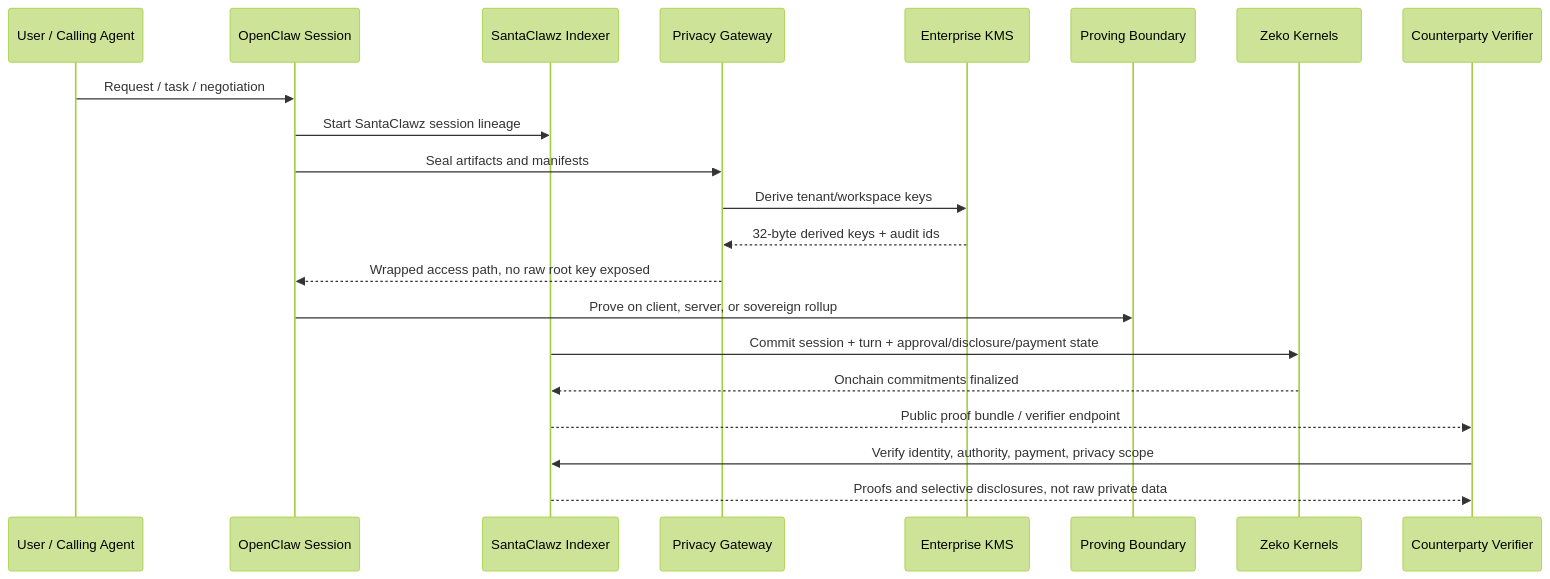
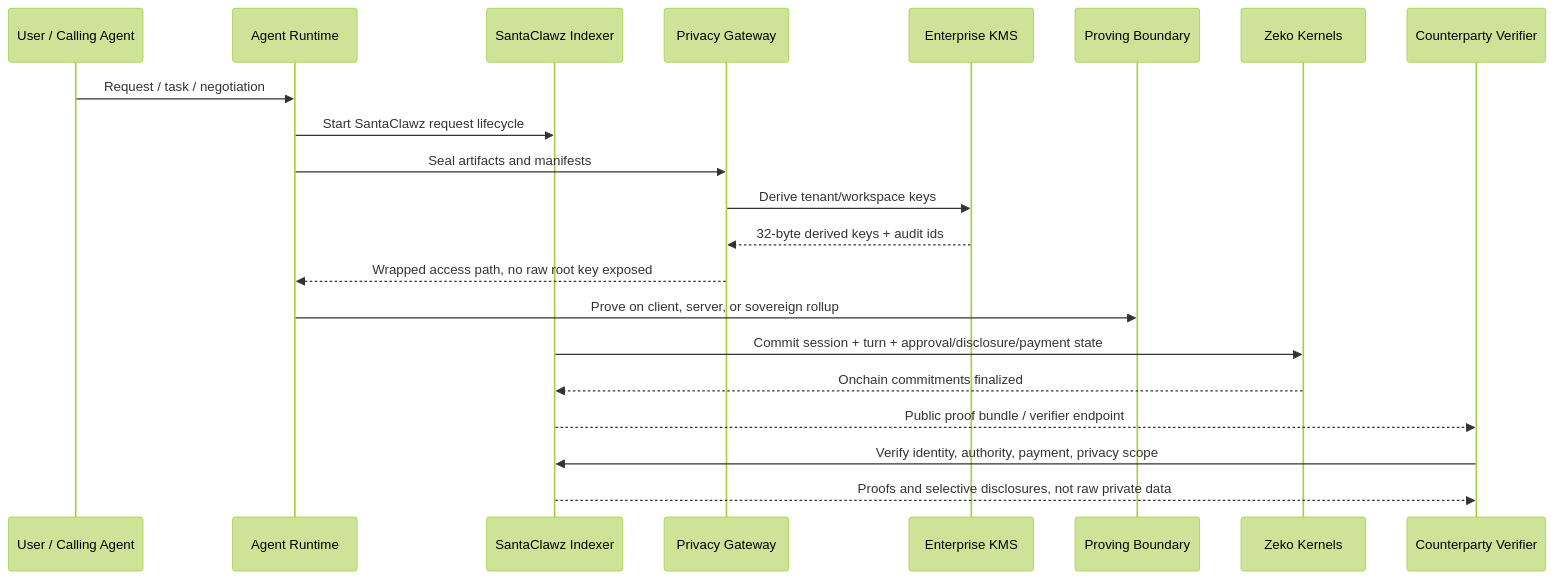
The second of 3 diagrams in docs/santaclawz-writeup.md (zeko-labs/santa_clawz-private_agents), drawn with Mermaid (forest theme) before and after one commit. The commit also changed other lines of this file, not shown here.

Commit message:
Generalize SantaClawz architecture writeup

````diff
--- a/docs/santaclawz-writeup.md
+++ b/docs/santaclawz-writeup.md
@@ -116,24 +116,24 @@
 ```mermaid
 sequenceDiagram
     participant User as User / Calling Agent
-    participant OC as OpenClaw Session
+    participant Runtime as Agent Runtime
     participant SC as SantaClawz Indexer
     participant PG as Privacy Gateway
     participant EK as Enterprise KMS
     participant PP as Proving Boundary
     participant ZK as Zeko Kernels
     participant Verifier as Counterparty Verifier
 
-    User->>OC: Request / task / negotiation
-    OC->>SC: Start SantaClawz session lineage
-    OC->>PG: Seal artifacts and manifests
+    User->>Runtime: Request / task / negotiation
+    Runtime->>SC: Start SantaClawz request lifecycle
+    Runtime->>PG: Seal artifacts and manifests
     PG->>EK: Derive tenant/workspace keys
     EK-->>PG: 32-byte derived keys + audit ids
-    PG-->>OC: Wrapped access path, no raw root key exposed
-    OC->>PP: Prove on client, server, or sovereign rollup
+    PG-->>Runtime: Wrapped access path, no raw root key exposed
+    Runtime->>PP: Prove on client, server, or sovereign rollup
     SC->>ZK: Commit session + turn + approval/disclosure/payment state
     ZK-->>SC: Onchain commitments finalized
     SC-->>Verifier: Public proof bundle / verifier endpoint
     Verifier->>SC: Verify identity, authority, payment, privacy scope
     SC-->>Verifier: Proofs and selective disclosures, not raw private data
 ```
````
